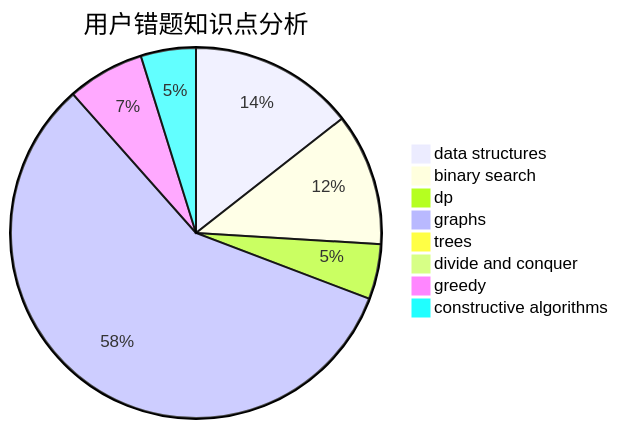
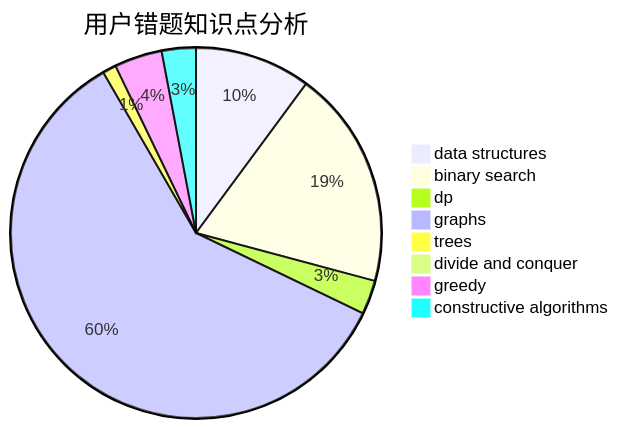
Before and after one commit to sherpahu/cfrs.github.io: the third of 3 diagrams in docs/user/u307.md, drawn with Mermaid. The commit also changed other lines of this file and 2770 other files, not shown here.

````diff
--- a/docs/user/u307.md
+++ b/docs/user/u307.md
@@ -36,11 +36,11 @@
 ```mermaid
 pie title 用户错题知识点分析
-    "data structures" :  15
-    "binary search" :  12
+    "data structures" :  17
+    "binary search" :  32
     "dp" :  5
-    "graphs" :  60
-    "trees" :  0
+    "graphs" :  100
+    "trees" :  2
     "divide and conquer" :  0
     "greedy" :  7
     "constructive algorithms" :  5
 ```
````
